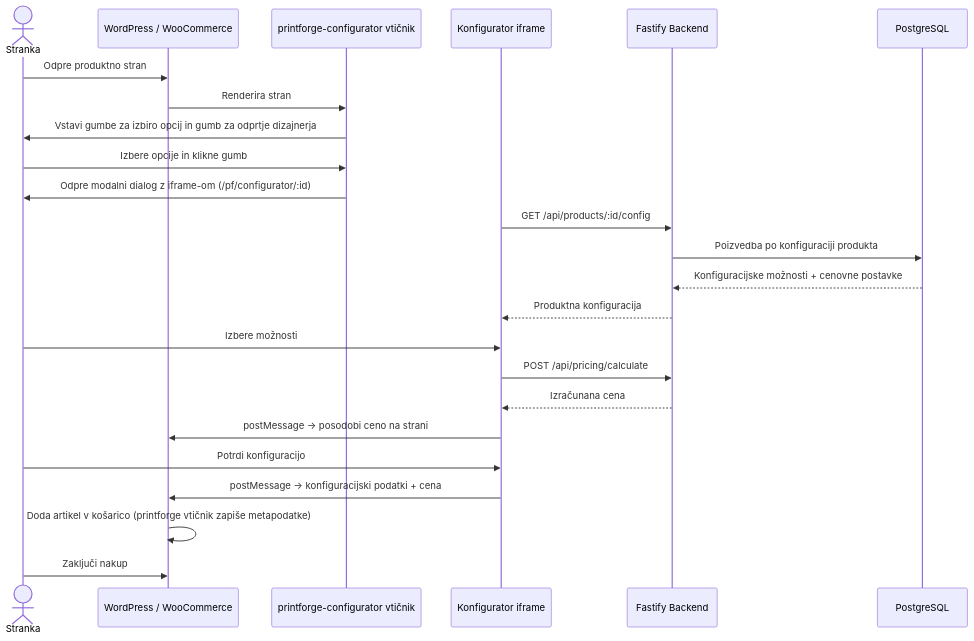
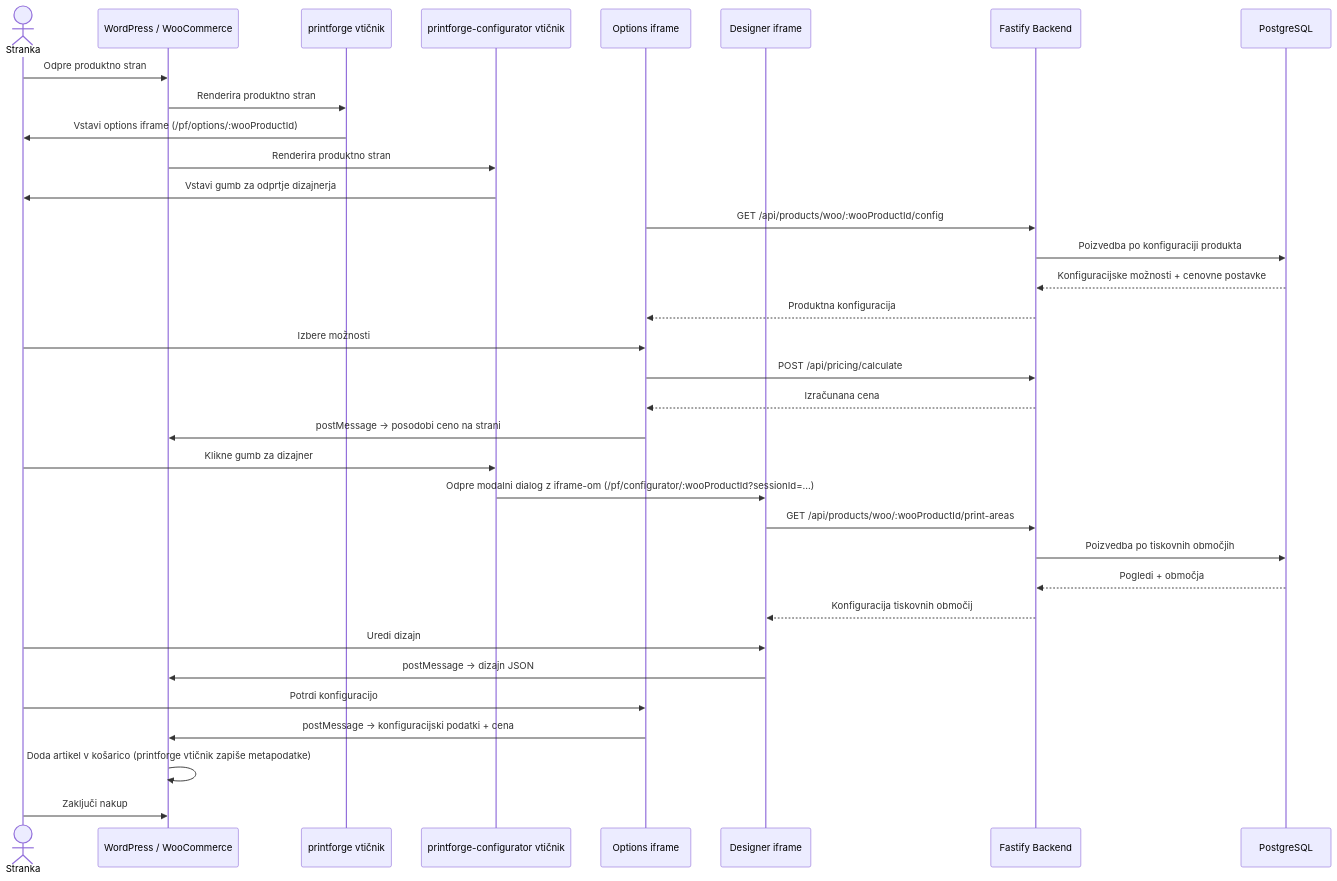
The tenth of 20 diagrams in README.md (neoxk/printforge), drawn with Mermaid before and after one commit. The commit also changed other lines of this file and 6 other files, not shown here.

````diff
--- a/README.md
+++ b/README.md
@@ -418,31 +465,41 @@
 ```mermaid
 sequenceDiagram
     actor Stranka
     participant WC as WordPress / WooCommerce
-    participant Plugin as printforge-configurator vtičnik
-    participant Iframe as Konfigurator iframe
+    participant OptPlugin as printforge vtičnik
+    participant CfgPlugin as printforge-configurator vtičnik
+    participant OptIframe as Options iframe
+    participant DesignerIframe as Designer iframe
     participant Backend as Fastify Backend
     participant DB as PostgreSQL
 
     Stranka->>WC: Odpre produktno stran
-    WC->>Plugin: Renderira stran
-    Plugin->>Stranka: Vstavi gumbe za izbiro opcij in gumb za odprtje dizajnerja
+    WC->>OptPlugin: Renderira produktno stran
+    OptPlugin->>Stranka: Vstavi options iframe (/pf/options/:wooProductId)
+    WC->>CfgPlugin: Renderira produktno stran
+    CfgPlugin->>Stranka: Vstavi gumb za odprtje dizajnerja
 
-    Stranka->>Plugin: Izbere opcije in klikne gumb
-    Plugin->>Stranka: Odpre modalni dialog z iframe-om (/pf/configurator/:id)
-
-    Iframe->>Backend: GET /api/products/:id/config
+    OptIframe->>Backend: GET /api/products/woo/:wooProductId/config
     Backend->>DB: Poizvedba po konfiguraciji produkta
     DB-->>Backend: Konfiguracijske možnosti + cenovne postavke
-    Backend-->>Iframe: Produktna konfiguracija
+    Backend-->>OptIframe: Produktna konfiguracija
 
-    Stranka->>Iframe: Izbere možnosti
-    Iframe->>Backend: POST /api/pricing/calculate
-    Backend-->>Iframe: Izračunana cena
-    Iframe->>WC: postMessage → posodobi ceno na strani
+    Stranka->>OptIframe: Izbere možnosti
+    OptIframe->>Backend: POST /api/pricing/calculate
+    Backend-->>OptIframe: Izračunana cena
+    OptIframe->>WC: postMessage → posodobi ceno na strani
 
-    Stranka->>Iframe: Potrdi konfiguracijo
-    Iframe->>WC: postMessage → konfiguracijski podatki + cena
+    Stranka->>CfgPlugin: Klikne gumb za dizajner
+    CfgPlugin->>DesignerIframe: Odpre modalni dialog z iframe-om (/pf/configurator/:wooProductId?sessionId=...)
+    DesignerIframe->>Backend: GET /api/products/woo/:wooProductId/print-areas
+    Backend->>DB: Poizvedba po tiskovnih območjih
+    DB-->>Backend: Pogledi + območja
+    Backend-->>DesignerIframe: Konfiguracija tiskovnih območij
+
+    Stranka->>DesignerIframe: Uredi dizajn
+    DesignerIframe->>WC: postMessage → dizajn JSON
+    Stranka->>OptIframe: Potrdi konfiguracijo
+    OptIframe->>WC: postMessage → konfiguracijski podatki + cena
     WC->>WC: Doda artikel v košarico (printforge vtičnik zapiše metapodatke)
     Stranka->>WC: Zaključi nakup
 ```
````
